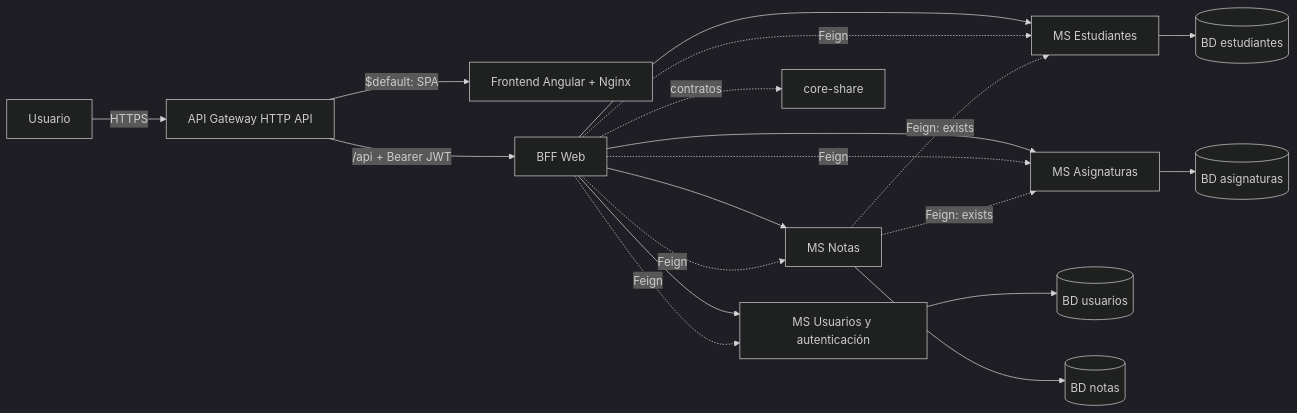
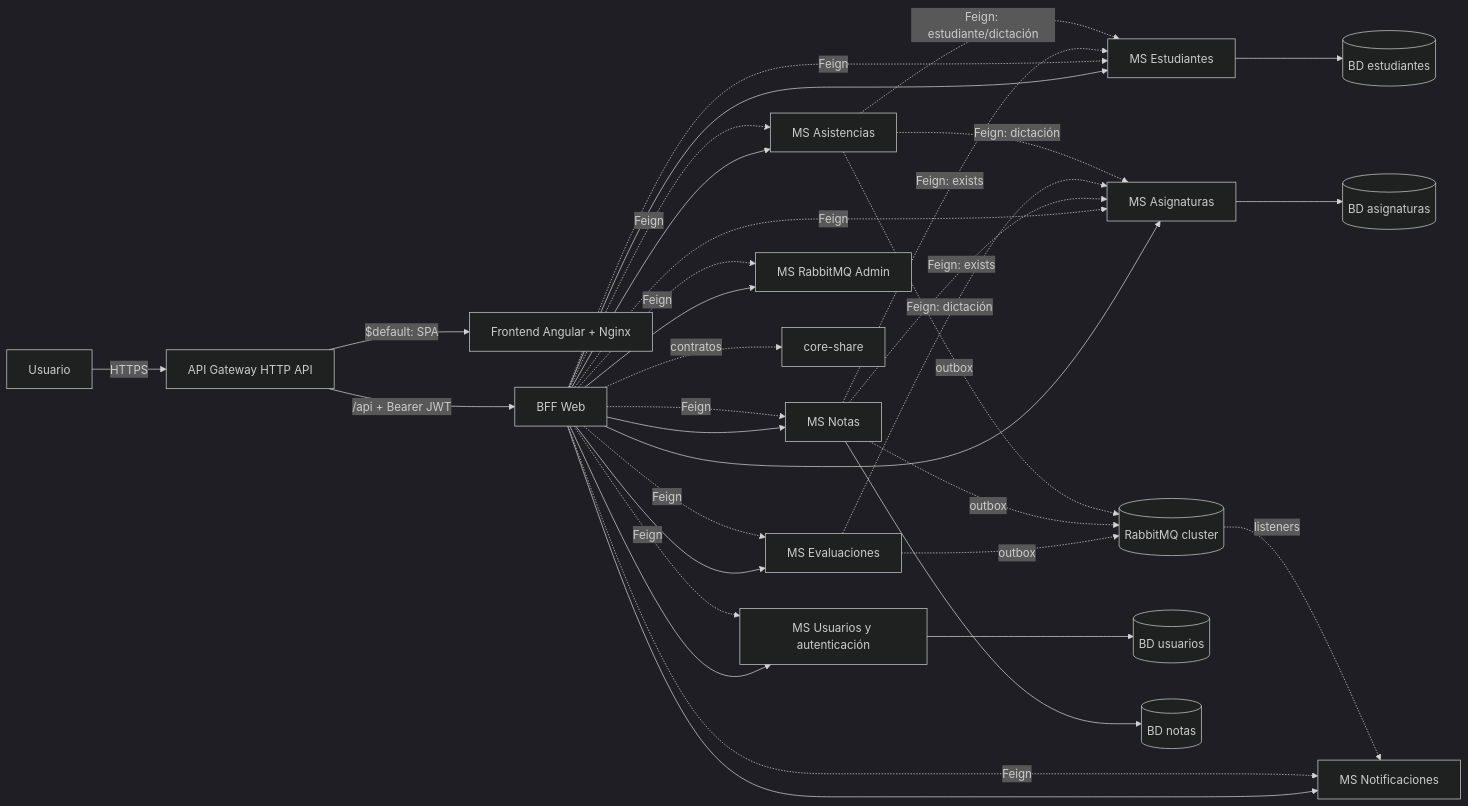
The diagram in README.md (COdelValle/SIGA-Project), drawn with Mermaid (dark theme) before and after one commit. The commit also changed other lines of this file and 26 other files, not shown here.

````diff
--- a/README.md
+++ b/README.md
@@ -20,21 +22,36 @@
 ```mermaid
 flowchart LR
     U[Usuario] -->|HTTPS| G[API Gateway HTTP API]
     G -->|"$default: SPA"| F[Frontend Angular + Nginx]
     G -->|"/api + Bearer JWT"| B[BFF Web]
     B --> A[MS Usuarios y autenticación]
     B --> E[MS Estudiantes]
     B --> S[MS Asignaturas]
     B --> N[MS Notas]
+    B --> V[MS Evaluaciones]
+    B --> H[MS Asistencias]
+    B --> T[MS Notificaciones]
+    B --> R[MS RabbitMQ Admin]
     B -. Feign .-> A
     B -. Feign .-> E
     B -. Feign .-> S
     B -. Feign .-> N
+    B -. Feign .-> V
+    B -. Feign .-> H
+    B -. Feign .-> T
+    B -. Feign .-> R
     N -. "Feign: exists" .-> E
     N -. "Feign: exists" .-> S
+    V -. "Feign: dictación" .-> S
+    H -. "Feign: estudiante/dictación" .-> E
+    H -. "Feign: dictación" .-> S
+    V -. outbox .-> Q[(RabbitMQ cluster)]
+    N -. outbox .-> Q
+    H -. outbox .-> Q
+    Q -. listeners .-> T
     A --> DA[(BD usuarios)]
     E --> DE[(BD estudiantes)]
     S --> DS[(BD asignaturas)]
     N --> DN[(BD notas)]
     B -. contratos .-> C[core-share]
 ```
````
